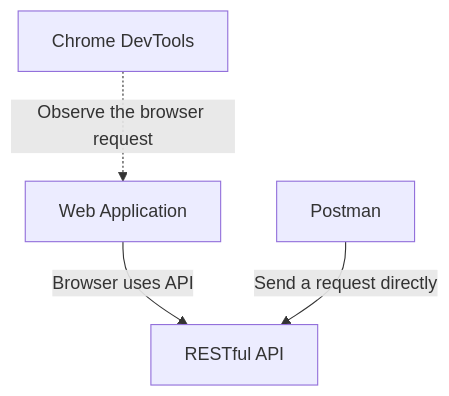
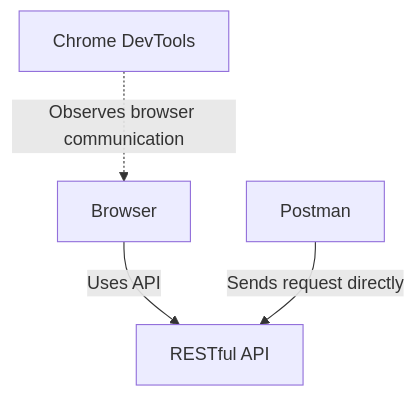
One commit to reltronersk/skill-wanderer-progress-documentation changed the third of 26 diagrams in module-0-1/README.md. Above: the diagram before and after it, drawn with Mermaid. The commit also changed other lines of this file, not shown here.

````diff
--- a/module-0-1/README.md
+++ b/module-0-1/README.md
@@ -102,12 +113,12 @@
 ```mermaid
 flowchart TB
     API[RESTful API]
 
-    Browser[Web Application]
+    Browser[Browser]
     DevTools[Chrome DevTools]
     Postman[Postman]
 
-    Browser -->|Browser uses API| API
-    DevTools -.->|Observe the browser request| Browser
-    Postman -->|Send a request directly| API
+    Browser -->|Uses API| API
+    DevTools -.->|Observes browser communication| Browser
+    Postman -->|Sends request directly| API
 ```
````
